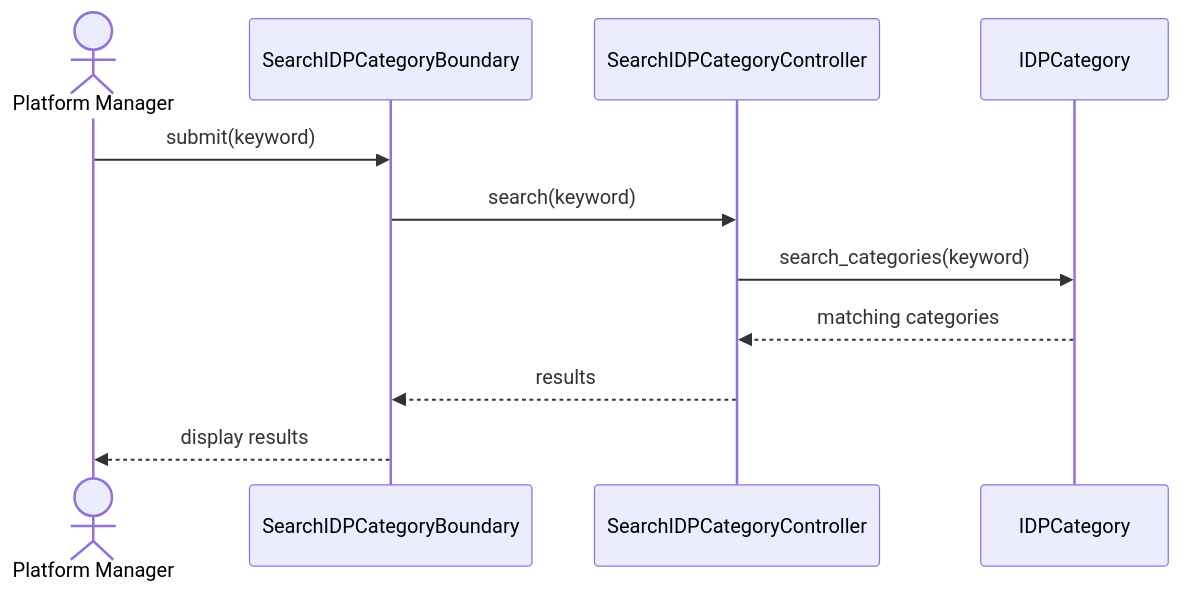
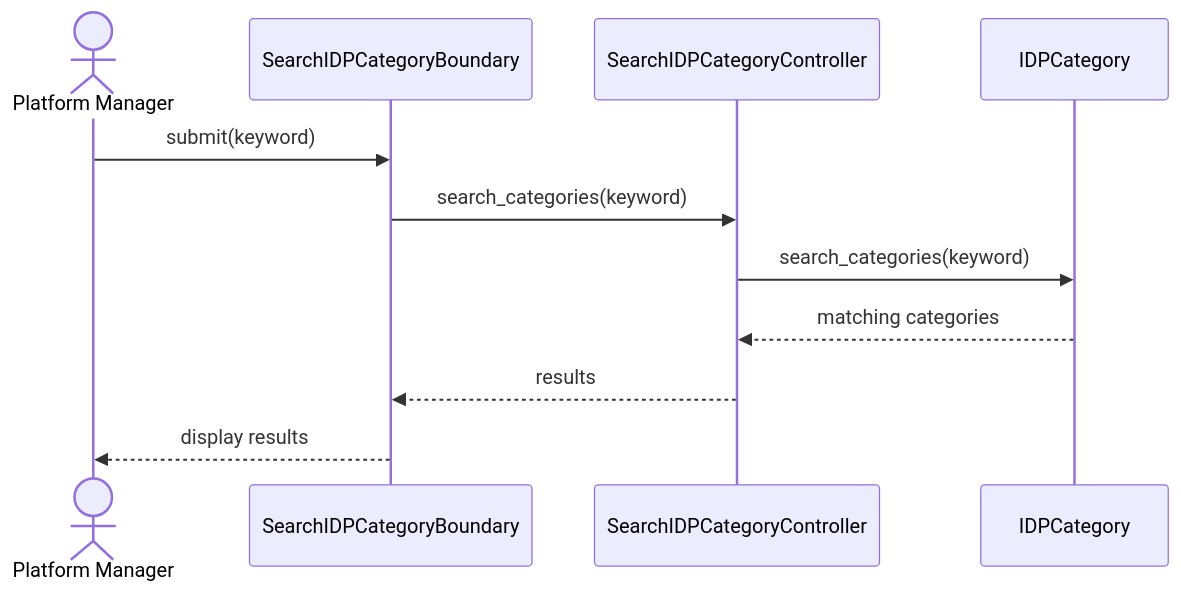
One commit to boyinapuddle/CSIT314-Chinese changed the second of 2 diagrams in diagrams/US43_Search_IDP_Categories/README.md. Above: the diagram before and after it, drawn with Mermaid. The commit also changed other lines of this file and 140 other files, not shown here.

````diff
--- a/diagrams/US43_Search_IDP_Categories/README.md
+++ b/diagrams/US43_Search_IDP_Categories/README.md
@@ -20,13 +20,13 @@
 ```mermaid
 sequenceDiagram
     actor P0 as Platform Manager
     participant P1 as SearchIDPCategoryBoundary
     participant P2 as SearchIDPCategoryController
     participant P3 as IDPCategory
     P0->>P1: submit(keyword)
-    P1->>P2: search(keyword)
+    P1->>P2: search_categories(keyword)
     P2->>P3: search_categories(keyword)
     P3-->>P2: matching categories
     P2-->>P1: results
     P1-->>P0: display results
 ```
````
